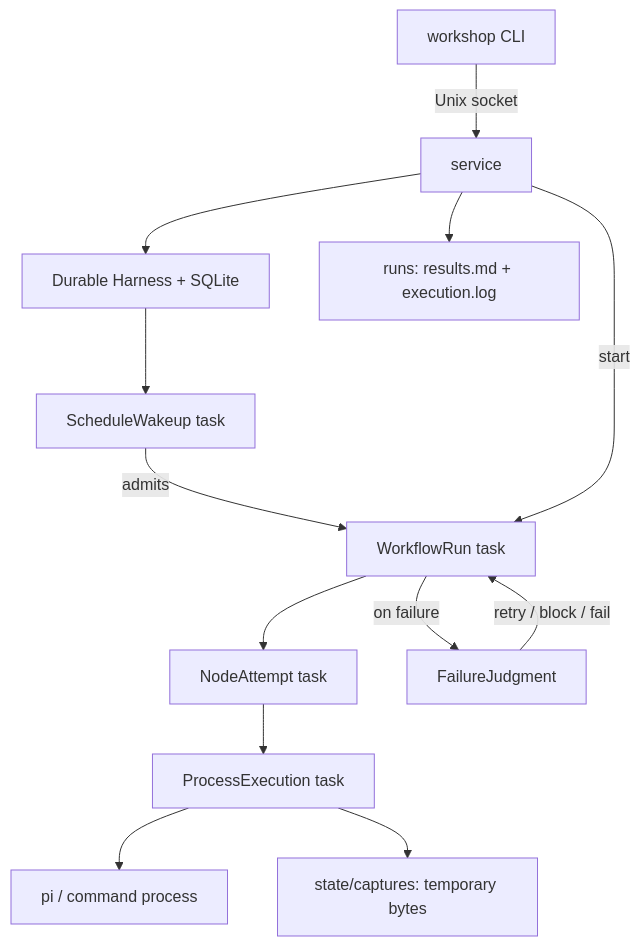
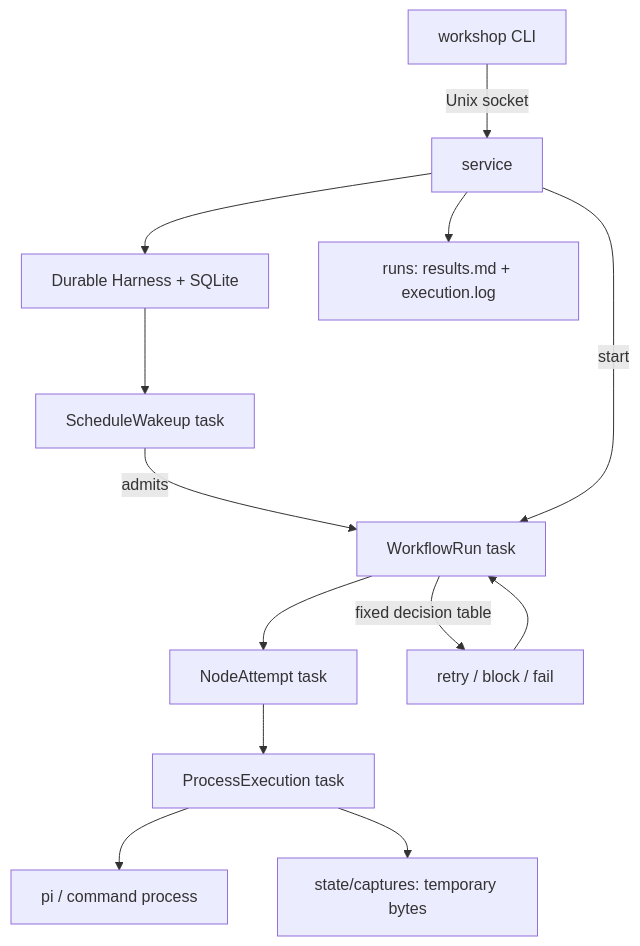
Before and after one commit to kaushikgopal/workshop: the diagram in CONTRIBUTING.md, drawn with Mermaid. The commit also changed other lines of this file and 29 other files, not shown here.

````diff
--- a/CONTRIBUTING.md
+++ b/CONTRIBUTING.md
@@ -113,15 +113,15 @@
 ```mermaid
 flowchart TD
   CLI[workshop CLI] -->|Unix socket| SVC[service]
   SVC --> H[Durable Harness + SQLite]
   H --> SCH[ScheduleWakeup task]
   SCH -->|admits| WR[WorkflowRun task]
   SVC -->|start| WR
   WR --> NA[NodeAttempt task]
   NA --> PE[ProcessExecution task]
   PE --> P[pi / command process]
-  WR -->|on failure| FJ[FailureJudgment]
-  FJ -->|retry / block / fail| WR
+  WR -->|fixed decision table| D[retry / block / fail]
+  D --> WR
   PE --> V[state/captures: temporary bytes]
   SVC --> RF[runs: results.md + execution.log]
 ```
````
